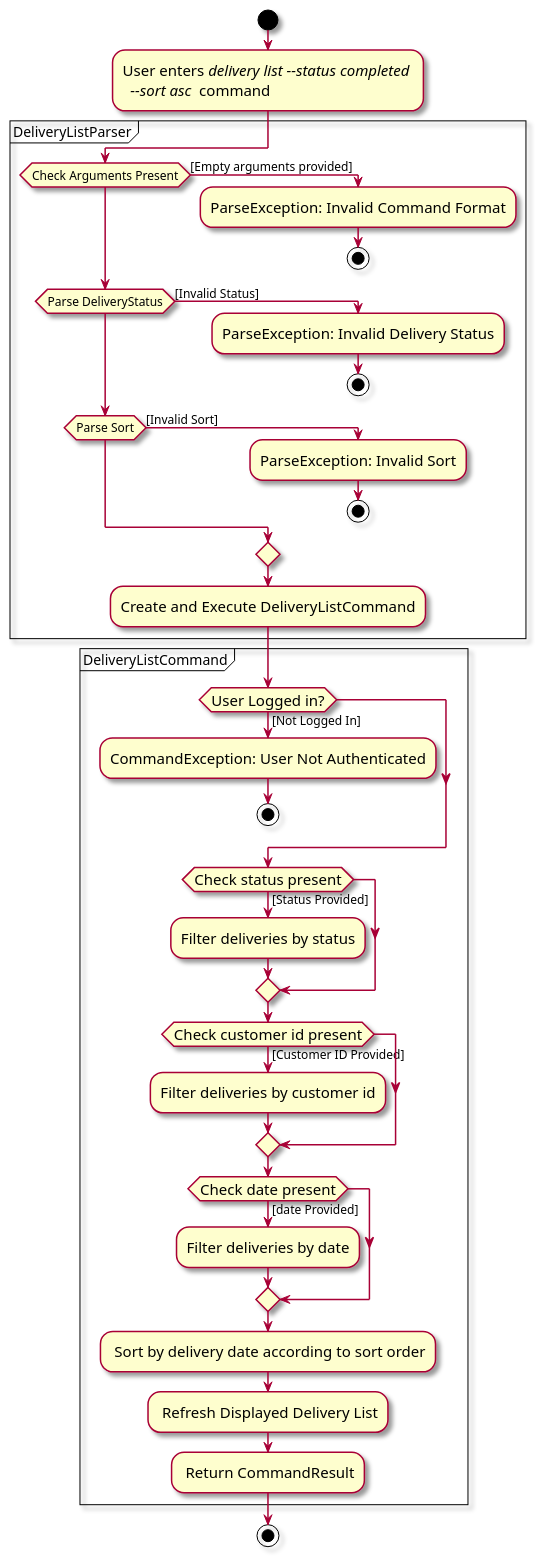
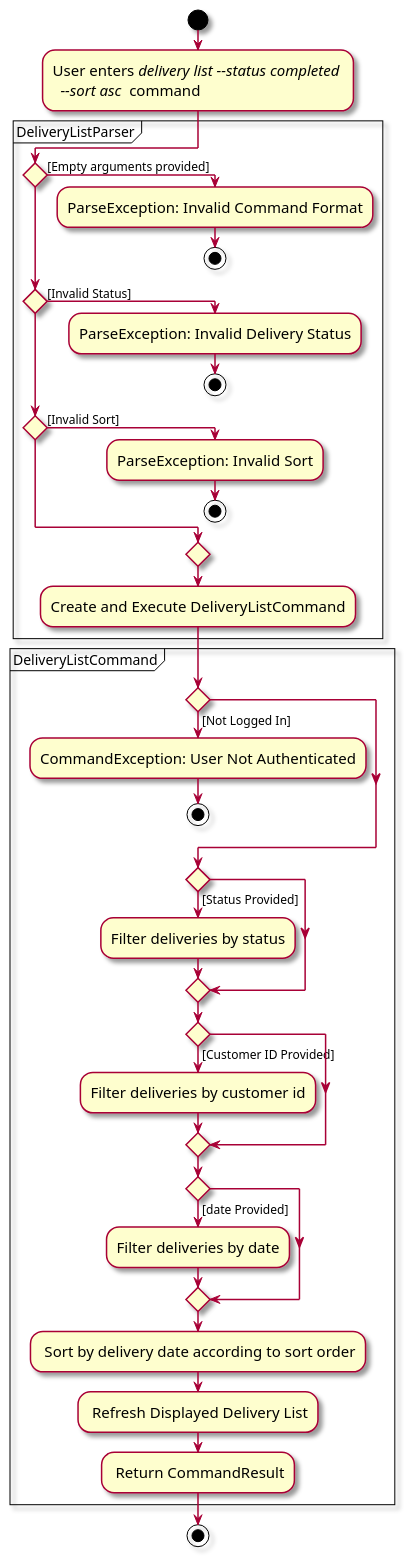
Before and after one commit to zhonghan721/tp: the diagram in docs/diagrams/implementation/delivery/DeliveryListActivityDiagram.puml, drawn with PlantUML. The commit also changed 1 other file, not shown here.

```diff
--- a/docs/diagrams/implementation/delivery/DeliveryListActivityDiagram.puml
+++ b/docs/diagrams/implementation/delivery/DeliveryListActivityDiagram.puml
@@ -1,46 +1,46 @@
 @startuml
 skin rose
 skinparam ActivityFontSize 15
 skinparam ArrowFontSize 12
 
 !pragma useVerticalIf on
 start
 :User enters <i>delivery list --status completed \n <i> --sort asc </i> command;
 partition DeliveryListParser {
-    if (Check Arguments Present) then ([Empty arguments provided])
+    if () then ([Empty arguments provided])
         :ParseException: Invalid Command Format;
         stop
-    elseif (Parse DeliveryStatus) then ([Invalid Status])
+    elseif () then ([Invalid Status])
         :ParseException: Invalid Delivery Status;
         stop
-    elseif (Parse Sort) then ([Invalid Sort])
+    elseif () then ([Invalid Sort])
         :ParseException: Invalid Sort;
         stop
     endif
     :Create and Execute DeliveryListCommand;
 }
 
 partition DeliveryListCommand {
-    if (User Logged in?) then ([Not Logged In])
+    if () then ([Not Logged In])
         :CommandException: User Not Authenticated;
         stop
     endif
 
-    if (Check status present) then ([Status Provided])
+    if () then ([Status Provided])
         :Filter deliveries by status;
     endif
 
-    if (Check customer id present) then ([Customer ID Provided])
+    if () then ([Customer ID Provided])
         :Filter deliveries by customer id;
     endif
-    if (Check date present) then ([date Provided])
+    if () then ([date Provided])
         :Filter deliveries by date;
     endif
         : Sort by delivery date according to sort order;
         : Refresh Displayed Delivery List;
         : Return CommandResult;
 }
 
 stop
 
 @enduml
```
